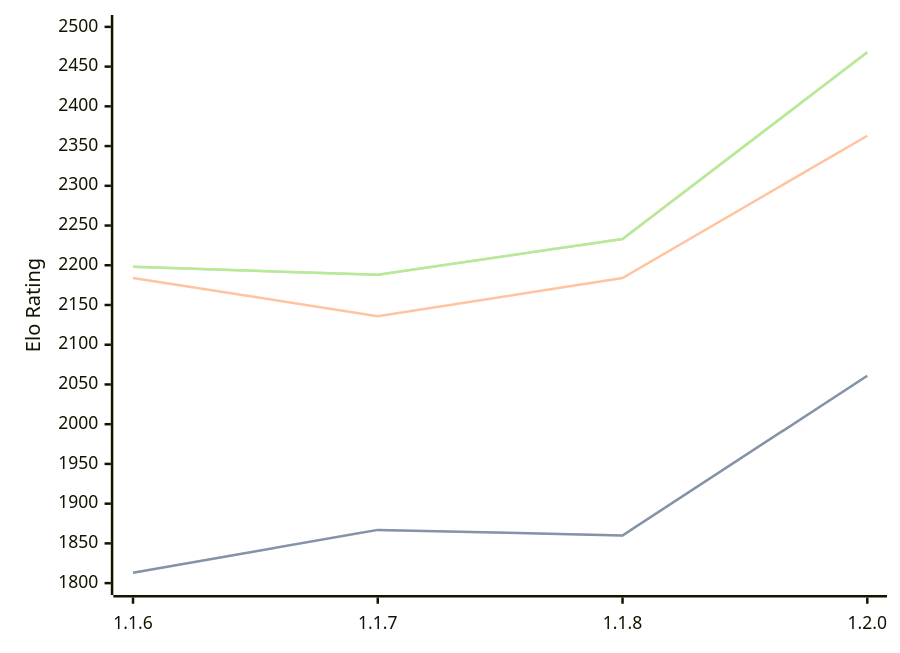
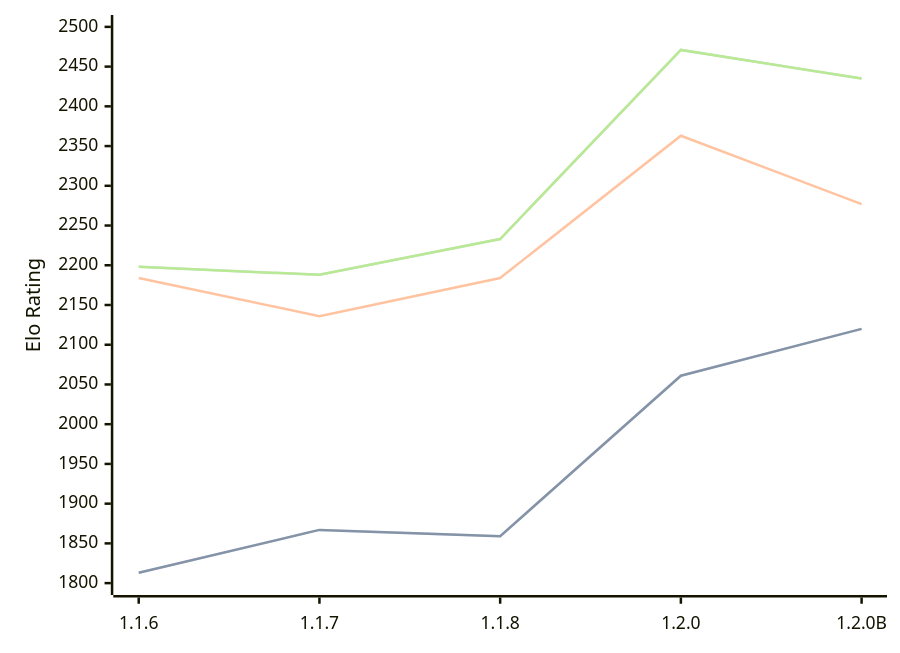
The diagram in engines/Soomi.md (computer-chess-index/cci), drawn with Mermaid before and after one commit. The commit also changed other lines of this file, not shown here.

Commit message:
Update CCI Ratings (ELO VLTC) - 2026-04-25

````diff
--- a/engines/Soomi.md
+++ b/engines/Soomi.md
@@ -34,11 +35,11 @@
 ```mermaid
 %%{init: {"theme":"base","themeVariables":{"seriesColors:['#a3a3a3','#222221','#faa371']}}}%%
 xychart-beta
-  x-axis ["1.1.6", "1.1.7", "1.1.8", "1.2.0"]
+  x-axis ["1.1.6", "1.1.7", "1.1.8", "1.2.0", "1.2.0B"]
   y-axis "Elo Rating" 1800 --> 2500
-  line "STC (8.0+0.08s)" [1813, 1867, 1860, 2061]
-  line "STC (8.0+0.08s)" [1813, 1867, 1860, 2061]
-  line "LTC (60.0+0.60s)" [2184, 2136, 2184, 2363]
-  line "VLTC (2m24s+1.12s)" [2198, 2188, 2233, 2468]
-  line "VLTC (2m24s+1.12s)" [2198, 2188, 2233, 2468]
+  line "STC (8.0+0.08s)" [1813, 1867, 1859, 2061, 2120]
+  line "STC (8.0+0.08s)" [1813, 1867, 1859, 2061, 2120]
+  line "LTC (60.0+0.60s)" [2184, 2136, 2184, 2363, 2277]
+  line "VLTC (2m24s+1.12s)" [2198, 2188, 2233, 2471, 2435]
+  line "VLTC (2m24s+1.12s)" [2198, 2188, 2233, 2471, 2435]
 ```
````
